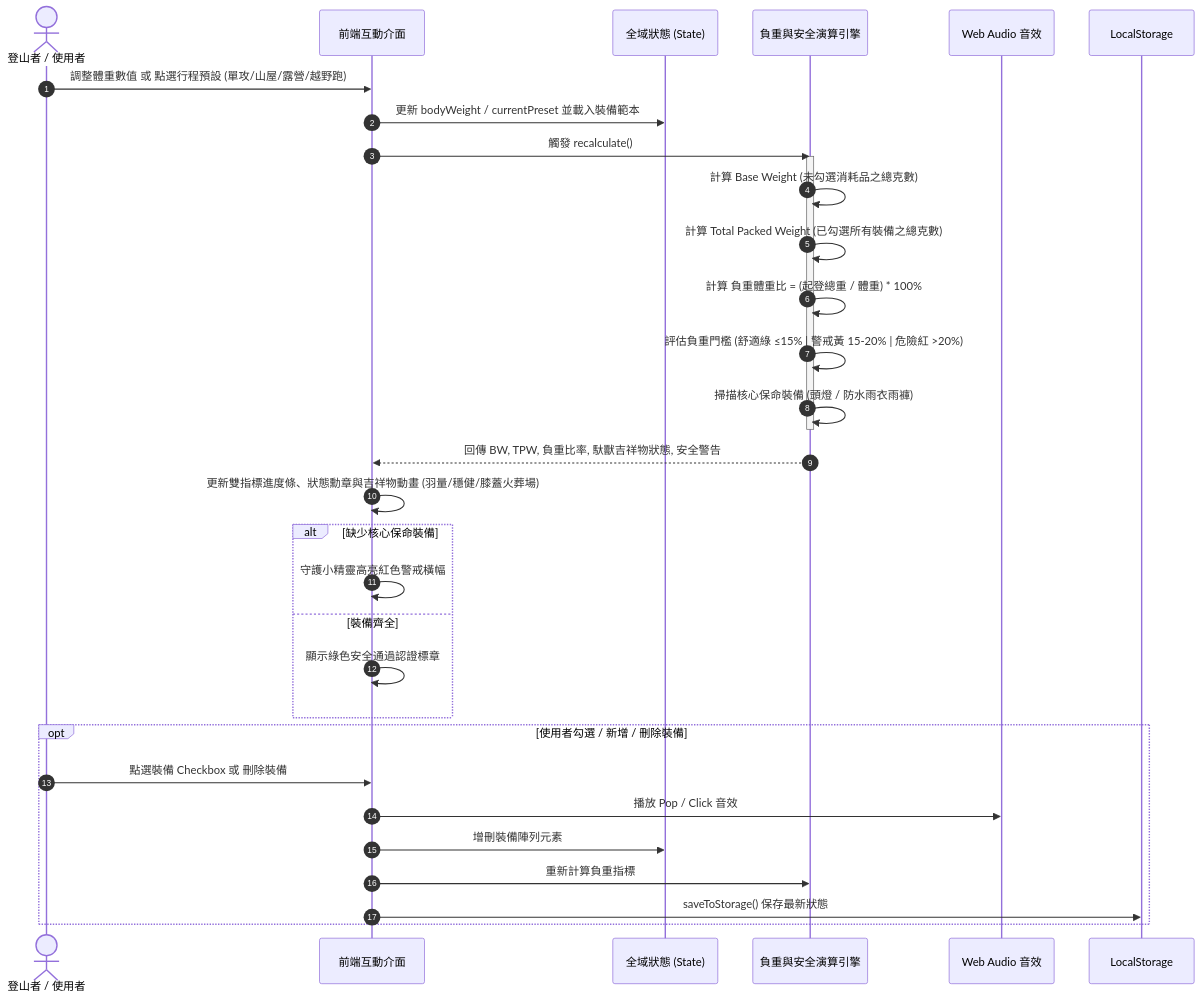
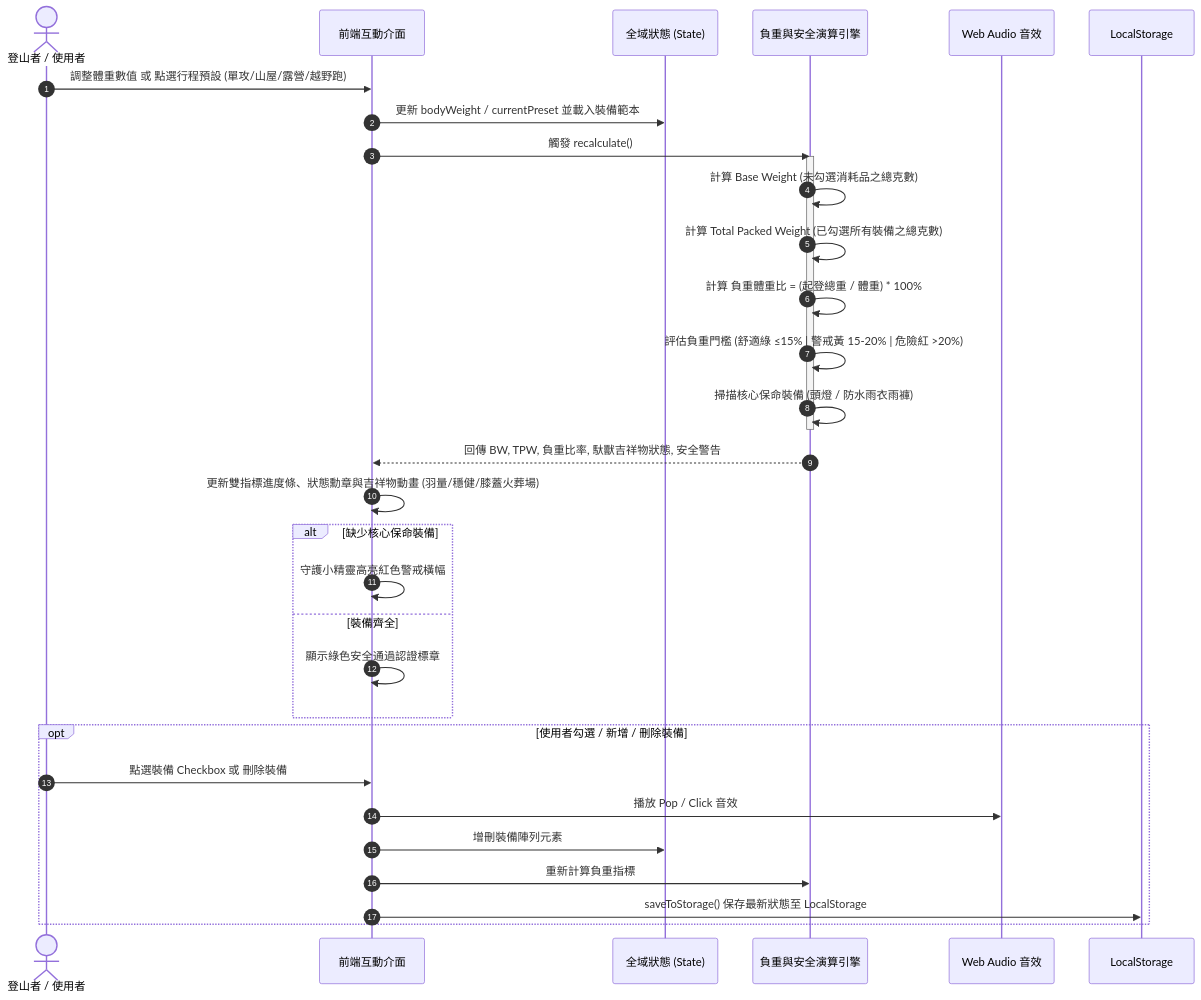
One commit to PhilipLin0211/115_1_TAICA_IVEAI changed the second of 4 diagrams in ARCHITECTURE.md. Above: the diagram before and after it, drawn with Mermaid. The commit also changed other lines of this file and 3 other files, not shown here.

````diff
--- a/ARCHITECTURE.md
+++ b/ARCHITECTURE.md
@@ -89,39 +76,39 @@
 ```mermaid
 sequenceDiagram
     autonumber
     actor User as 登山者 / 使用者
     participant UI as 前端互動介面
     participant State as 全域狀態 (State)
     participant Engine as 負重與安全演算引擎
     participant Audio as Web Audio 音效
     participant Storage as LocalStorage
 
     User->>UI: 調整體重數值 或 點選行程預設 (單攻/山屋/露營/越野跑)
     UI->>State: 更新 bodyWeight / currentPreset 並載入裝備範本
     UI->>Engine: 觸發 recalculate()
     
     activate Engine
     Engine->>Engine: 計算 Base Weight (未勾選消耗品之總克數)
     Engine->>Engine: 計算 Total Packed Weight (已勾選所有裝備之總克數)
     Engine->>Engine: 計算 負重體重比 = (起登總重 / 體重) * 100%
     Engine->>Engine: 評估負重門檻 (舒適綠 ≤15% | 警戒黃 15-20% | 危險紅 >20%)
     Engine->>Engine: 掃描核心保命裝備 (頭燈 / 防水雨衣雨褲)
     deactivate Engine
 
     Engine-->>UI: 回傳 BW, TPW, 負重比率, 馱獸吉祥物狀態, 安全警告
     UI->>UI: 更新雙指標進度條、狀態勳章與吉祥物動畫 (羽量/穩健/膝蓋火葬場)
     
     alt 缺少核心保命裝備
         UI->>UI: 守護小精靈高亮紅色警戒橫幅
     else 裝備齊全
         UI->>UI: 顯示綠色安全通過認證標章
     end
 
     opt 使用者勾選 / 新增 / 刪除裝備
         User->>UI: 點選裝備 Checkbox 或 刪除裝備
         UI->>Audio: 播放 Pop / Click 音效
         UI->>State: 增刪裝備陣列元素
         UI->>Engine: 重新計算負重指標
-        UI->>Storage: saveToStorage() 保存最新狀態
+        UI->>Storage: saveToStorage() 保存最新狀態至 LocalStorage
     end
 ```
````
